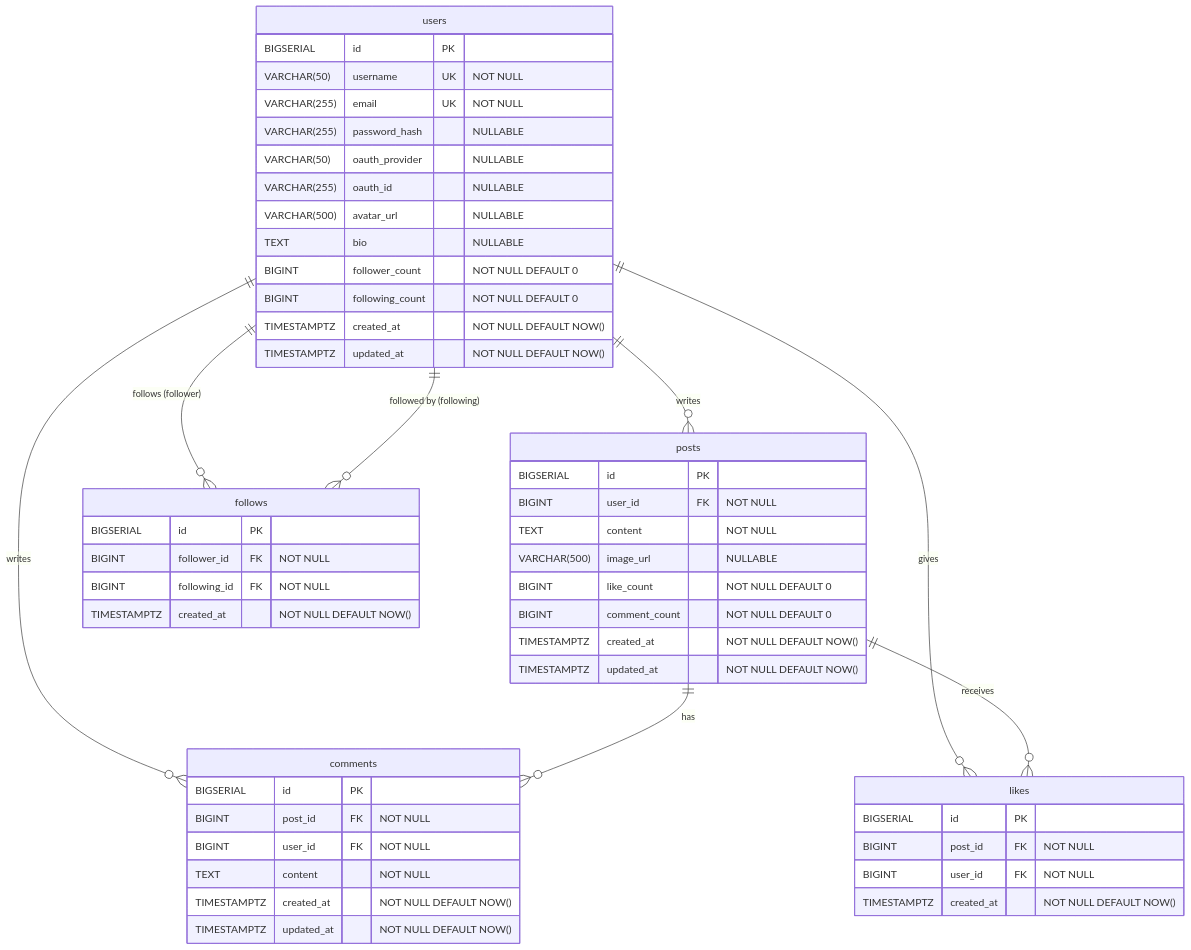
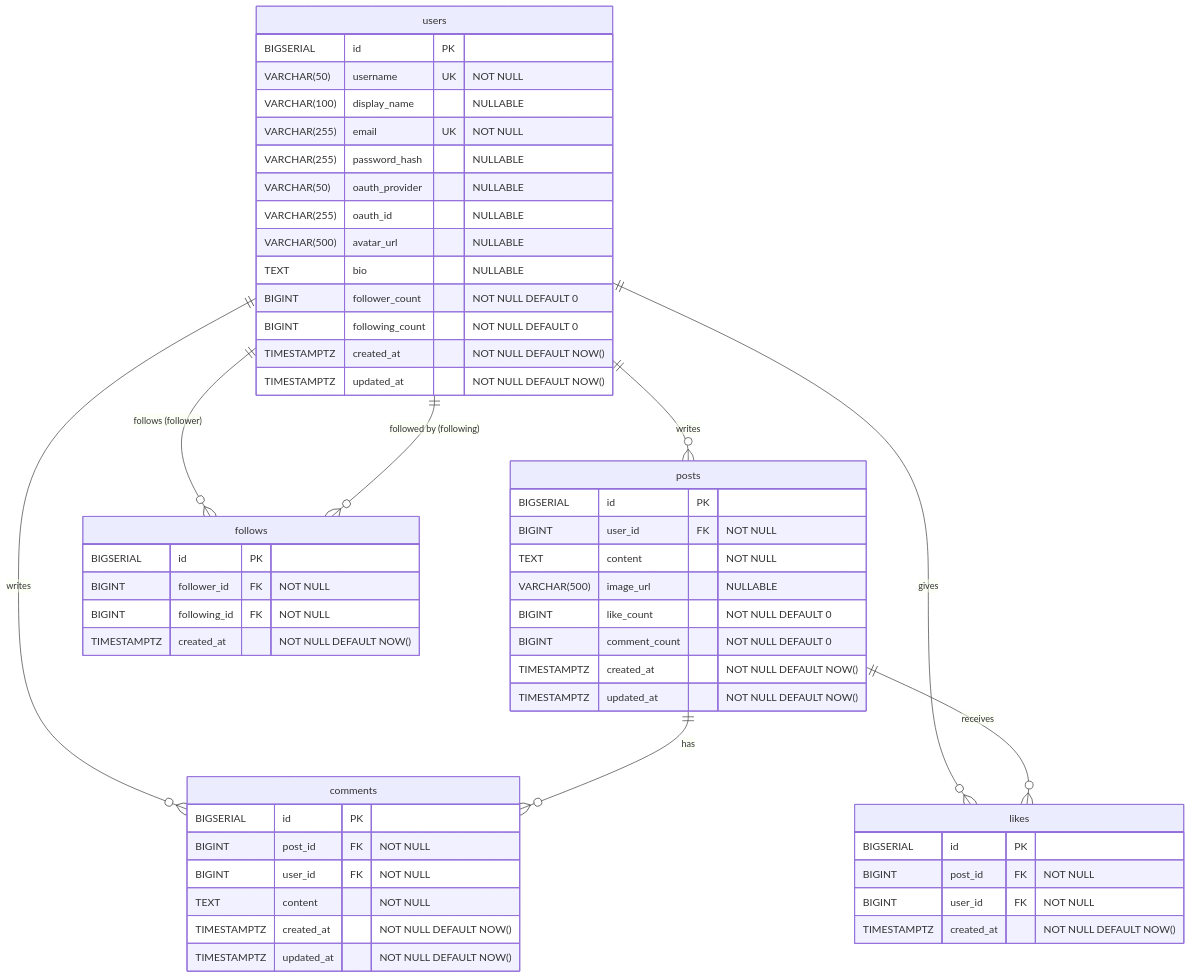
One commit to saki-nakata/TimeLine changed the diagram in docs/DB設計書.md. Above: the diagram before and after it, drawn with Mermaid. The commit also changed other lines of this file and 2 other files, not shown here.

First line of the commit message:
docs: displayName フィールドをドキュメントに反映

````diff
--- a/docs/DB設計書.md
+++ b/docs/DB設計書.md
@@ -27,59 +27,60 @@
 ```mermaid
 erDiagram
     users {
         BIGSERIAL id PK
         VARCHAR(50) username UK "NOT NULL"
+        VARCHAR(100) display_name "NULLABLE"
         VARCHAR(255) email UK "NOT NULL"
         VARCHAR(255) password_hash "NULLABLE"
         VARCHAR(50) oauth_provider "NULLABLE"
         VARCHAR(255) oauth_id "NULLABLE"
         VARCHAR(500) avatar_url "NULLABLE"
         TEXT bio "NULLABLE"
         BIGINT follower_count "NOT NULL DEFAULT 0"
         BIGINT following_count "NOT NULL DEFAULT 0"
         TIMESTAMPTZ created_at "NOT NULL DEFAULT NOW()"
         TIMESTAMPTZ updated_at "NOT NULL DEFAULT NOW()"
     }
 
     posts {
         BIGSERIAL id PK
         BIGINT user_id FK "NOT NULL"
         TEXT content "NOT NULL"
         VARCHAR(500) image_url "NULLABLE"
         BIGINT like_count "NOT NULL DEFAULT 0"
         BIGINT comment_count "NOT NULL DEFAULT 0"
         TIMESTAMPTZ created_at "NOT NULL DEFAULT NOW()"
         TIMESTAMPTZ updated_at "NOT NULL DEFAULT NOW()"
     }
 
     comments {
         BIGSERIAL id PK
         BIGINT post_id FK "NOT NULL"
         BIGINT user_id FK "NOT NULL"
         TEXT content "NOT NULL"
         TIMESTAMPTZ created_at "NOT NULL DEFAULT NOW()"
         TIMESTAMPTZ updated_at "NOT NULL DEFAULT NOW()"
     }
 
     likes {
         BIGSERIAL id PK
         BIGINT post_id FK "NOT NULL"
         BIGINT user_id FK "NOT NULL"
         TIMESTAMPTZ created_at "NOT NULL DEFAULT NOW()"
     }
 
     follows {
         BIGSERIAL id PK
         BIGINT follower_id FK "NOT NULL"
         BIGINT following_id FK "NOT NULL"
         TIMESTAMPTZ created_at "NOT NULL DEFAULT NOW()"
     }
 
     users ||--o{ posts : "writes"
     users ||--o{ comments : "writes"
     users ||--o{ likes : "gives"
     users ||--o{ follows : "follows (follower)"
     users ||--o{ follows : "followed by (following)"
     posts ||--o{ comments : "has"
     posts ||--o{ likes : "receives"
 ```
````
